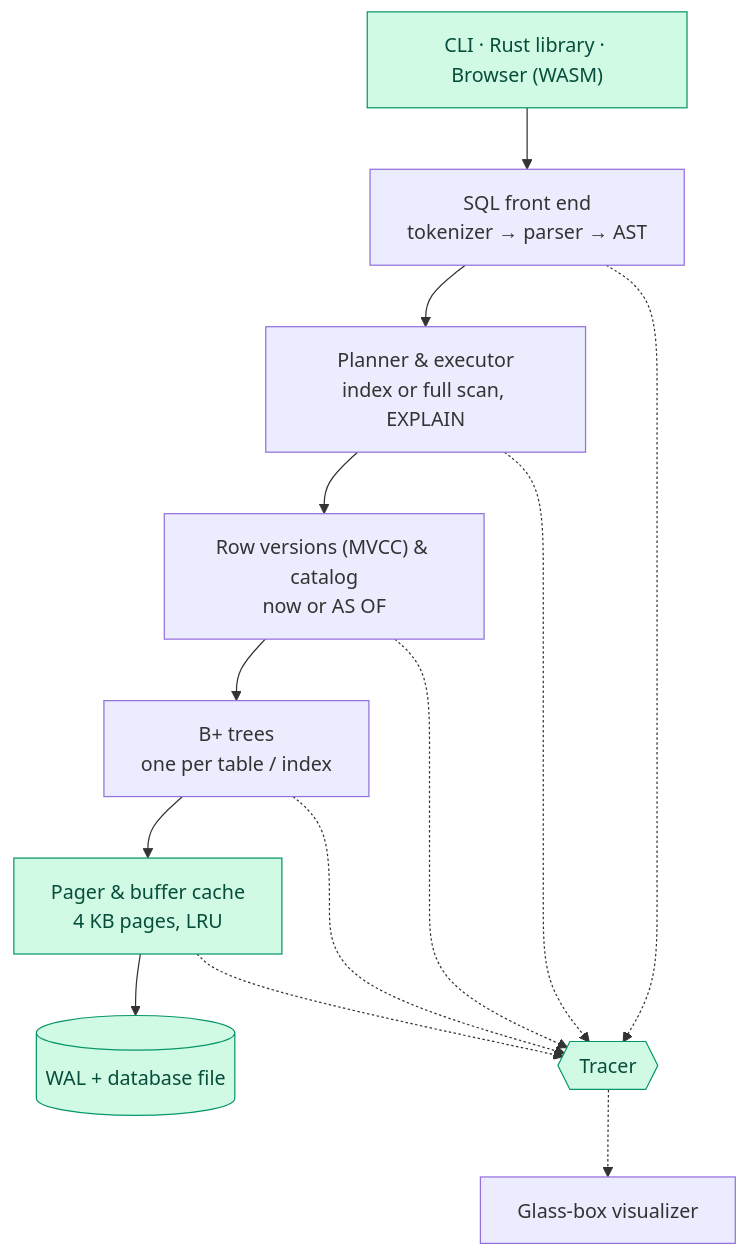
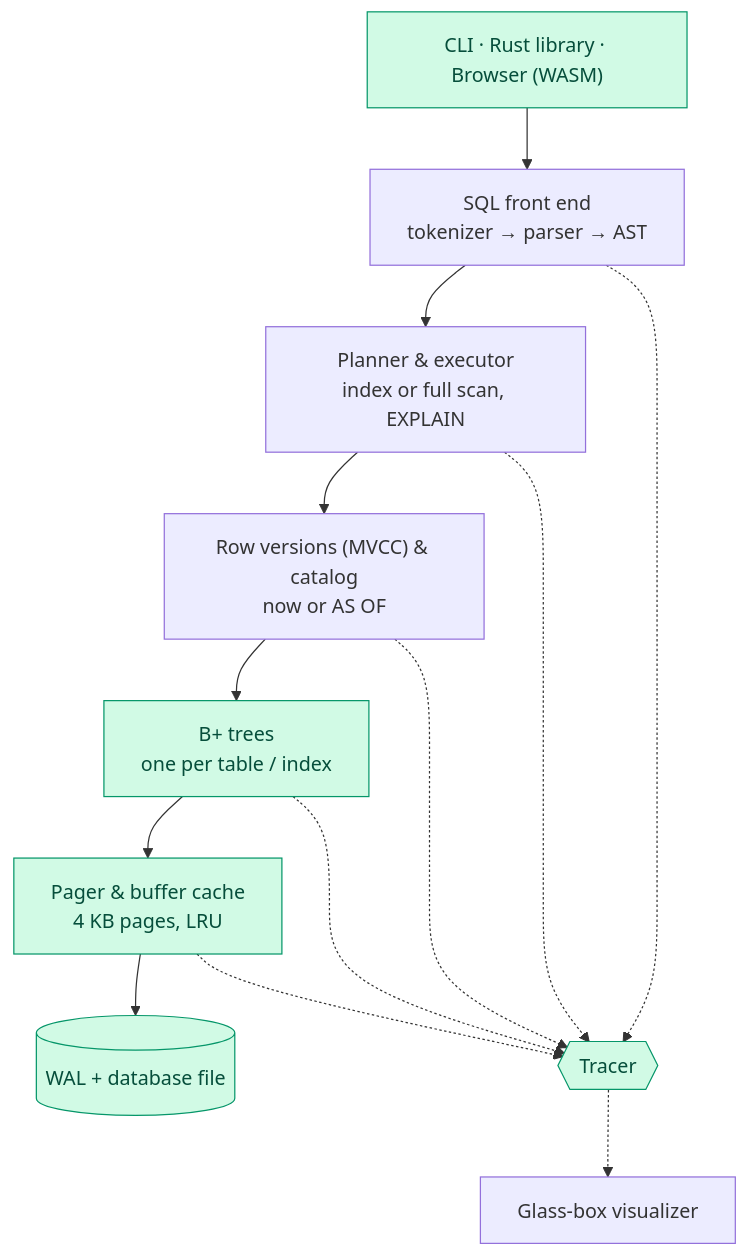
The diagram in README.md (deepsikhabrahma17-sudo/glassdb), drawn with Mermaid before and after one commit. The commit also changed other lines of this file and 20 other files, not shown here.

````diff
--- a/README.md
+++ b/README.md
@@ -100,19 +118,19 @@
 ```mermaid
 flowchart TD
     UI["CLI · Rust library · Browser (WASM)"] --> SQL["SQL front end<br/>tokenizer → parser → AST"]
     SQL --> PLAN["Planner & executor<br/>index or full scan, EXPLAIN"]
     PLAN --> MVCC["Row versions (MVCC) & catalog<br/>now or AS OF"]
     MVCC --> BTREE["B+ trees<br/>one per table / index"]
     BTREE --> PAGER["Pager & buffer cache<br/>4 KB pages, LRU"]
     PAGER --> DISK[("WAL + database file")]
 
     SQL -.-> TRACE{{Tracer}}
     PLAN -.-> TRACE
     MVCC -.-> TRACE
     BTREE -.-> TRACE
     PAGER -.-> TRACE
     TRACE -.-> VIZ["Glass-box visualizer"]
 
     classDef done fill:#d1fae5,stroke:#059669,color:#064e3b
-    class PAGER,DISK,UI,TRACE done
+    class BTREE,PAGER,DISK,UI,TRACE done
 ```
````
